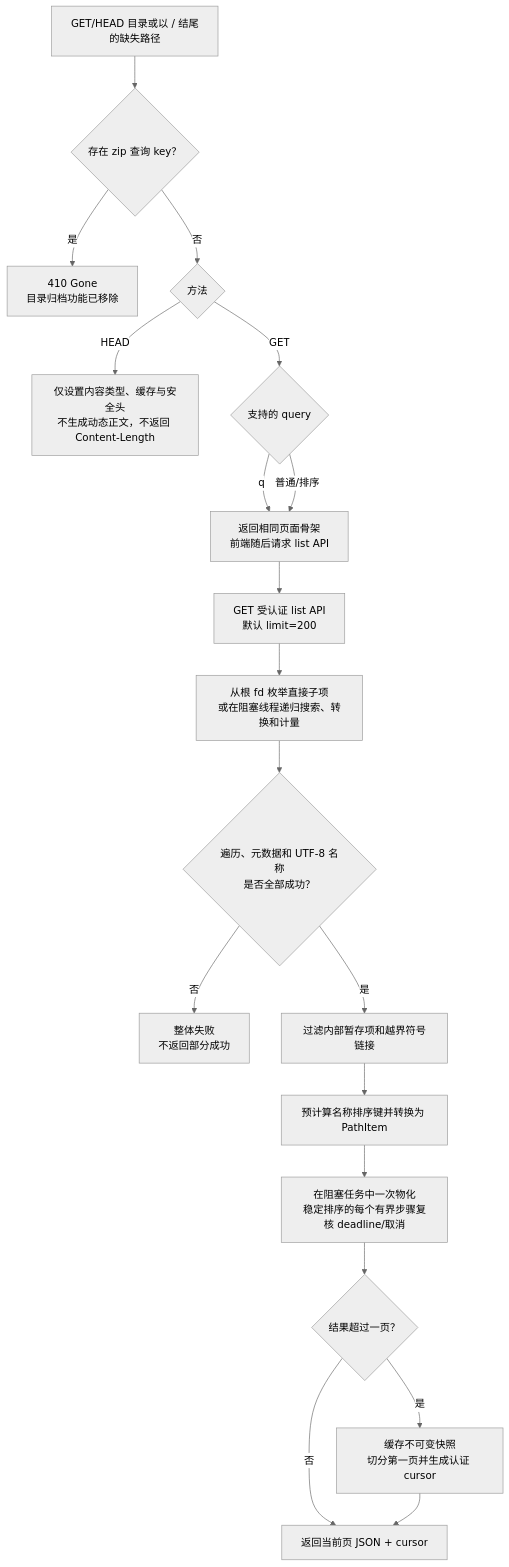
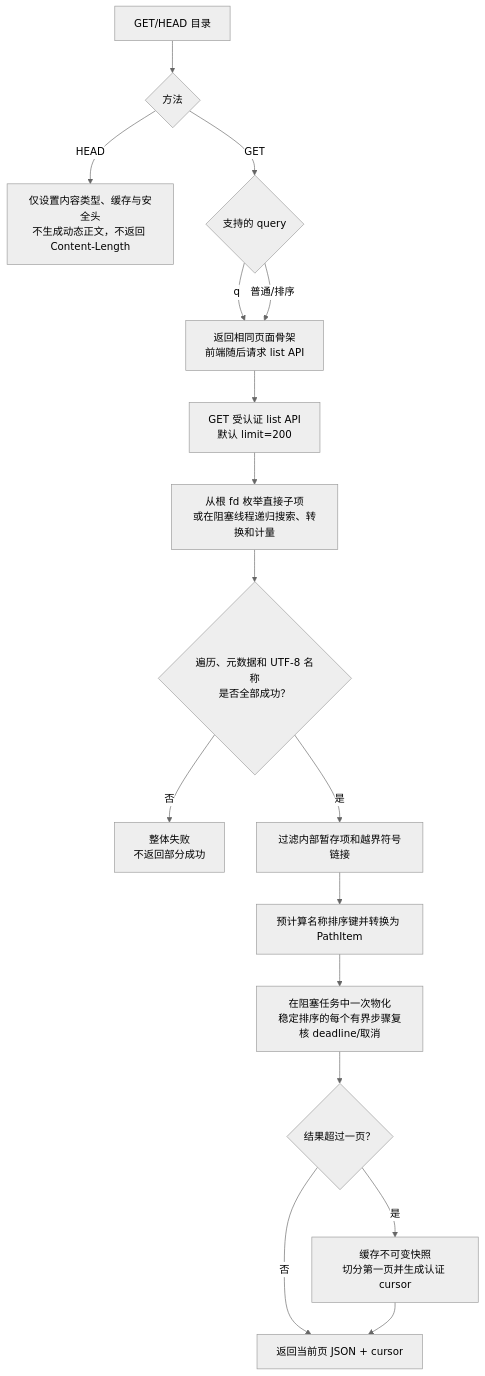
One commit to isarmg/dufs-ram changed the ninth of 22 diagrams in docs/project-workflow.md. Above: the diagram before and after it, drawn with Mermaid (neutral theme). The commit also changed other lines of this file and 38 other files, not shown here.

````diff
--- a/docs/project-workflow.md
+++ b/docs/project-workflow.md
@@ -378,21 +378,19 @@
 ```mermaid
 flowchart TD
-    A["GET/HEAD 目录或以 / 结尾的缺失路径"] --> QUERY{"存在 zip 查询 key？"}
-    QUERY -- 是 --> GONE["410 Gone<br/>目录归档功能已移除"]
-    QUERY -- 否 --> METHOD{"方法"}
+    A["GET/HEAD 目录"] --> METHOD{"方法"}
     METHOD -- HEAD --> HEAD["仅设置内容类型、缓存与安全头<br/>不生成动态正文，不返回 Content-Length"]
     METHOD -- GET --> PAGE_QUERY{"支持的 query"}
     PAGE_QUERY -- q --> PAGE["返回相同页面骨架<br/>前端随后请求 list API"]
     PAGE_QUERY -- 普通/排序 --> PAGE
     PAGE --> API["GET 受认证 list API<br/>默认 limit=200"]
     API --> LIST["从根 fd 枚举直接子项<br/>或在阻塞线程递归搜索、转换和计量"]
     LIST --> READ_OK{"遍历、元数据和 UTF-8 名称<br/>是否全部成功？"}
     READ_OK -- 否 --> ERROR["整体失败<br/>不返回部分成功"]
     READ_OK -- 是 --> FILTER["过滤内部暂存项和越界符号链接"]
     FILTER --> ITEM["预计算名称排序键并转换为 PathItem"]
     ITEM --> SORT["在阻塞任务中一次物化<br/>稳定排序的每个有界步骤复核 deadline/取消"]
     SORT --> SNAPSHOT{"结果超过一页？"}
     SNAPSHOT -- 是 --> CACHE["缓存不可变快照<br/>切分第一页并生成认证 cursor"]
     SNAPSHOT -- 否 --> JSON["直接返回全部结果"]
     CACHE --> JSON["返回当前页 JSON + cursor"]
 ```
````
